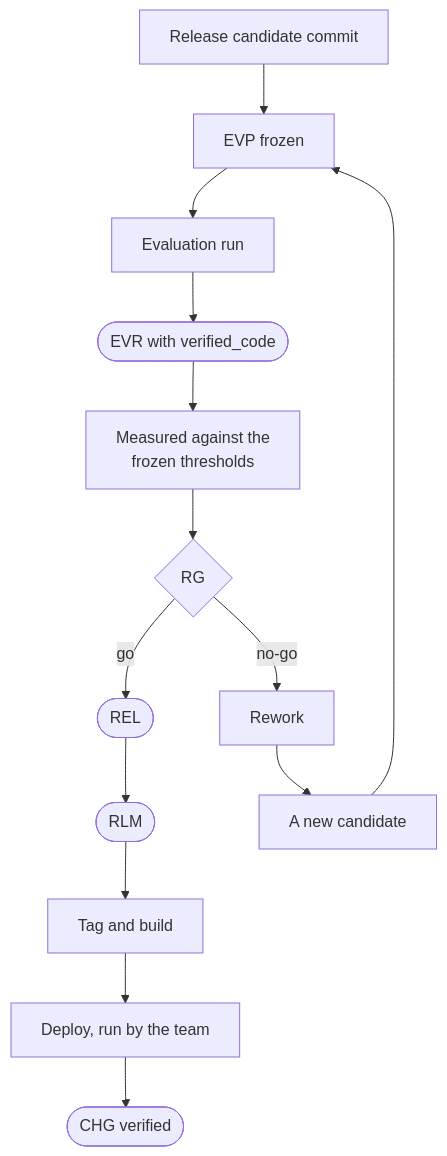
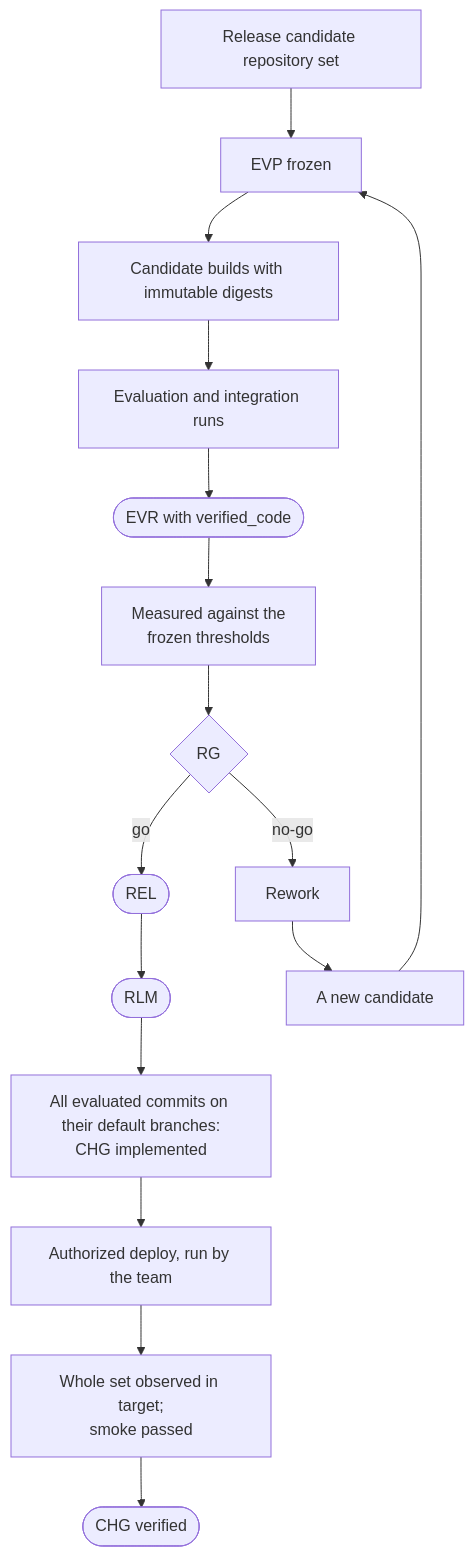
Before and after one commit to gqkd/framework-data-ai: diagram 11 of 23 in PROCESSES.md, drawn with Mermaid. The commit also changed other lines of this file and 72 other files, not shown here.

````diff
--- a/PROCESSES.md
+++ b/PROCESSES.md
@@ -543,16 +557,18 @@
 ```mermaid
 flowchart TB
-  rc["Release candidate commit"] --> freeze["EVP frozen"]
-  freeze --> eval["Evaluation run"]
+  rc["Release candidate repository set"] --> freeze["EVP frozen"]
+  freeze --> build["Candidate builds with immutable digests"]
+  build --> eval["Evaluation and integration runs"]
   eval --> EVR(["EVR with verified_code"])
   EVR --> cmp["Measured against the<br/>frozen thresholds"]
   cmp --> RG{"RG"}
   RG -->|"go"| REL(["REL"])
   REL --> RLM(["RLM"])
-  RLM --> build["Tag and build"]
-  build --> dep["Deploy, run by the team"]
-  dep --> ver(["CHG verified"])
+  RLM --> merged["All evaluated commits on their default branches:<br/>CHG implemented"]
+  merged --> dep["Authorized deploy, run by the team"]
+  dep --> smoke["Whole set observed in target;<br/>smoke passed"]
+  smoke --> ver(["CHG verified"])
   RG -->|"no-go"| rework["Rework"]
   rework --> rc2["A new candidate"]
   rc2 --> freeze
 ```
````
